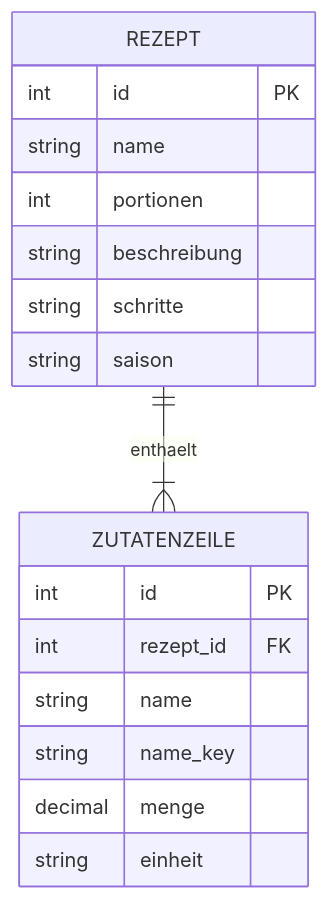
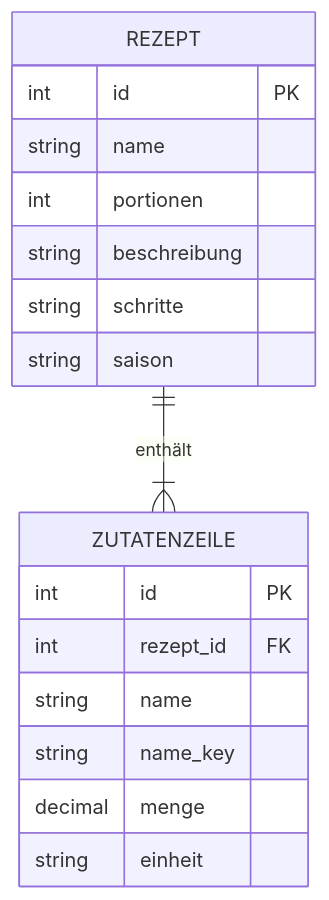
Before and after one commit to Hoylerma/SWT-Projekt: the diagram in docs/spec/data-model.md, drawn with Mermaid.

````diff
--- a/docs/spec/data-model.md
+++ b/docs/spec/data-model.md
@@ -20,20 +20,20 @@
 ```mermaid
 erDiagram
-    REZEPT ||--|{ ZUTATENZEILE : "enthaelt"
+    REZEPT ||--|{ ZUTATENZEILE : "enthält"
     REZEPT {
         int id PK
         string name
         int portionen
         string beschreibung
         string schritte
         string saison
     }
     ZUTATENZEILE {
         int id PK
         int rezept_id FK
         string name
         string name_key
         decimal menge
         string einheit
     }
 ```
````
